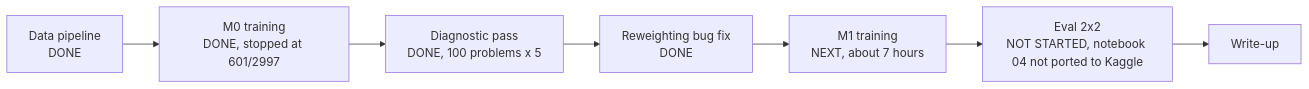
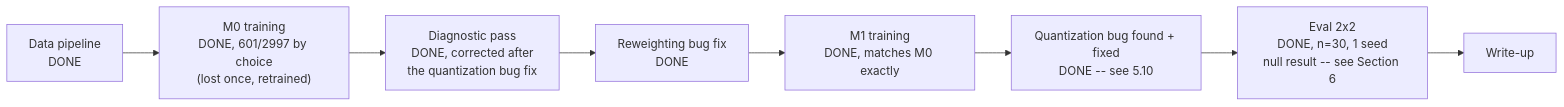
The ninth of 10 diagrams in docs/PROJECT_EXPLAINED.md (saiswaroop25-pixel/verilog-slm), drawn with Mermaid before and after one commit. The commit also changed other lines of this file, not shown here.

First line of the commit message:
Update project explainer with the quantization bug, M0's lost retrain, and real eval results

````diff
--- a/docs/PROJECT_EXPLAINED.md
+++ b/docs/PROJECT_EXPLAINED.md
@@ -317,9 +338,10 @@
 ```mermaid
 flowchart LR
-  D1["Data pipeline<br/>DONE"] --> D2["M0 training<br/>DONE, stopped at 601/2997"]
-  D2 --> D3["Diagnostic pass<br/>DONE, 100 problems x 5"]
+  D1["Data pipeline<br/>DONE"] --> D2["M0 training<br/>DONE, 601/2997 by choice<br/>(lost once, retrained)"]
+  D2 --> D3["Diagnostic pass<br/>DONE, corrected after<br/>the quantization bug fix"]
   D3 --> D4["Reweighting bug fix<br/>DONE"]
-  D4 --> D5["M1 training<br/>NEXT, about 7 hours"]
-  D5 --> D6["Eval 2x2<br/>NOT STARTED, notebook 04 not ported to Kaggle"]
-  D6 --> D7["Write-up"]
+  D4 --> D5["M1 training<br/>DONE, matches M0 exactly"]
+  D5 --> D6["Quantization bug found + fixed<br/>DONE -- see 5.10"]
+  D6 --> D7["Eval 2x2<br/>DONE, n=30, 1 seed<br/>null result -- see Section 6"]
+  D7 --> D8["Write-up"]
 ```
````
